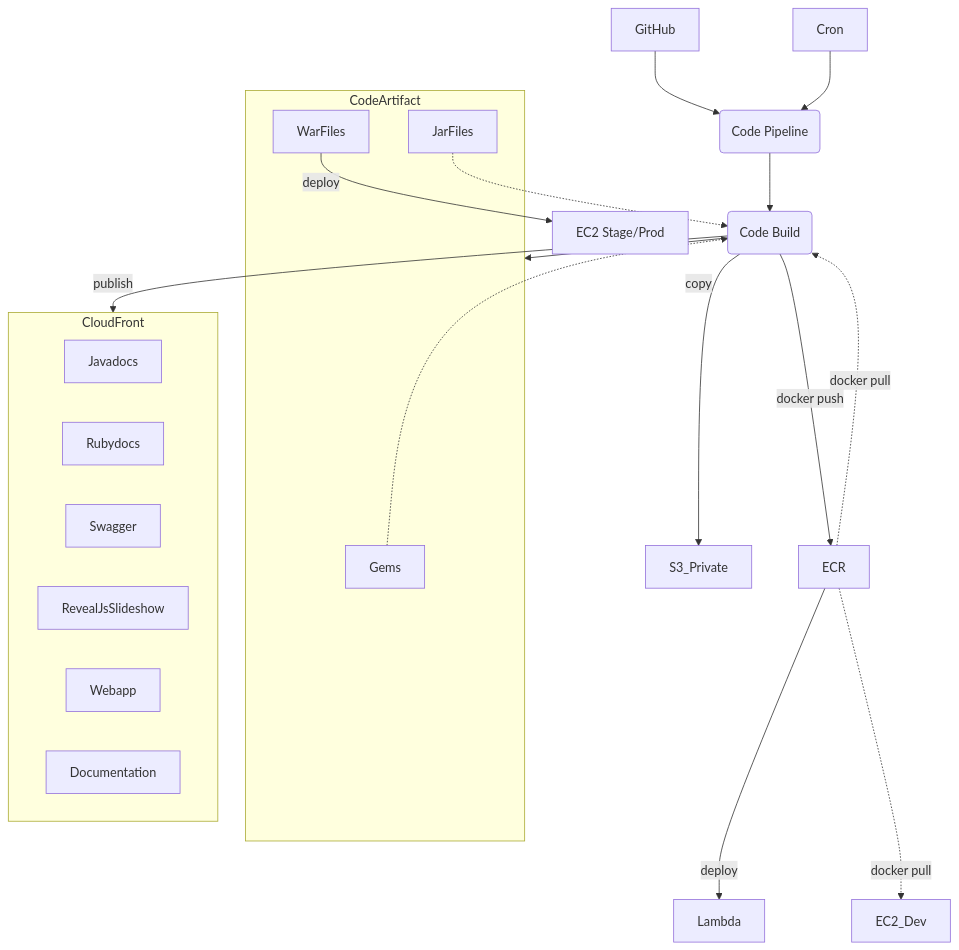
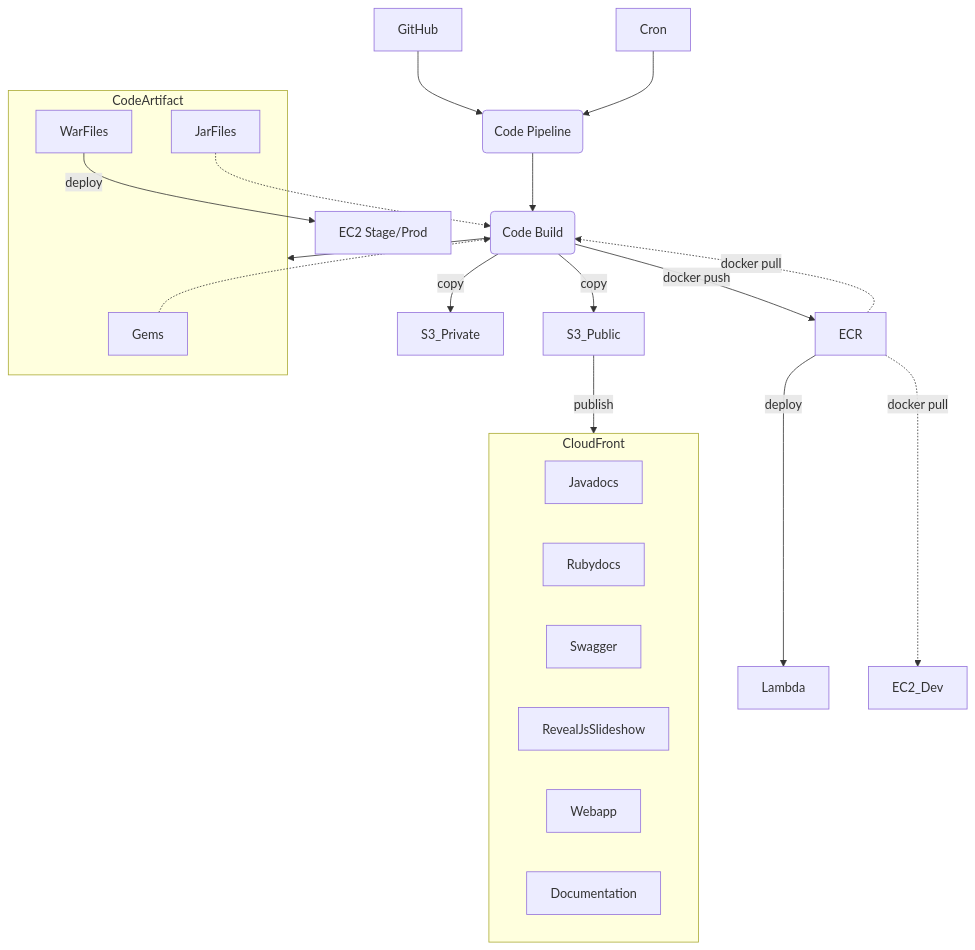
The first of 2 diagrams in design/aws-build/README.md (CDLUC3/mrt-doc), drawn with Mermaid before and after one commit. The commit also changed other lines of this file, not shown here.

Commit message:
simplify diagrams

````diff
--- a/design/aws-build/README.md
+++ b/design/aws-build/README.md
@@ -11,33 +11,36 @@
 ```mermaid
 graph TD
   GitHub --> Pipeline
   Cron --> Pipeline
   Pipeline(Code Pipeline)
   Pipeline --> Build
   Build(Code Build)
+  S3_Private
+  S3_Public
   Build --> CodeArtifact
-  Build --> |publish| CloudFront
+  Build --> |copy| S3_Public
+  S3_Public --> |publish| CloudFront
   Build --> |docker push| ECR
   Build --> |copy| S3_Private
   ECR
   ECR --> |deploy| Lambda
   ECR -.-> |docker pull| EC2_Dev
   ECR -.-> |docker pull| Build
   subgraph CodeArtifact
     Gems
     JarFiles
     WarFiles
   end
   EC2[EC2 Stage/Prod]
   WarFiles --> |deploy| EC2
   Gems -.-> Build
   JarFiles -.-> Build
   subgraph CloudFront
     Javadocs
     Rubydocs
     Swagger
     RevealJsSlideshow
     Webapp
     Documentation
   end
 ```
````
